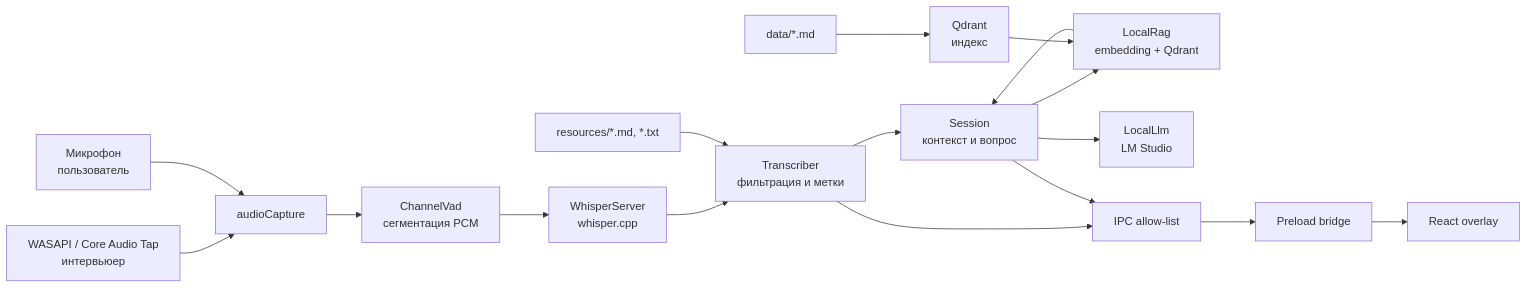
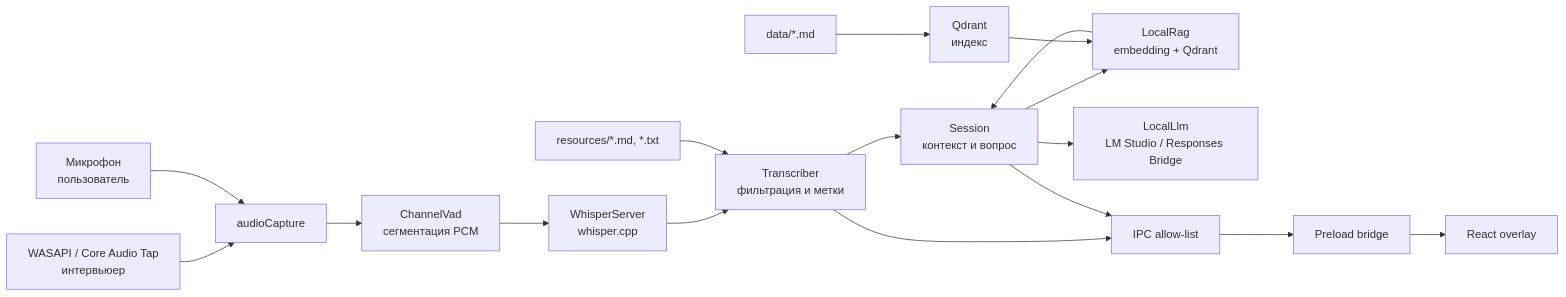
One commit to HerpBac9/answerline changed the diagram in docs/architecture.md. Above: the diagram before and after it, drawn with Mermaid. The commit also changed other lines of this file and 30 other files, not shown here.

````diff
--- a/docs/architecture.md
+++ b/docs/architecture.md
@@ -12,19 +15,19 @@
 ```mermaid
 flowchart LR
   A["WASAPI / Core Audio Tap\nинтервьюер"] --> C["audioCapture"]
   B["Микрофон\nпользователь"] --> C
   C --> D["ChannelVad\nсегментация PCM"]
   D --> E["WhisperServer\nwhisper.cpp"]
   E --> F["Transcriber\nфильтрация и метки"]
   F --> G["Session\nконтекст и вопрос"]
   G --> Q["LocalRag\nembedding + Qdrant"]
   D0["data/*.md"] --> Q0["Qdrant\nиндекс"]
   Q0 --> Q
   Q --> G
   R["resources/*.md, *.txt"] --> F
-  G --> L["LocalLlm\nLM Studio"]
+  G --> L["LocalLlm\nLM Studio / Responses Bridge"]
   F --> I["IPC allow-list"]
   G --> I
   I --> P["Preload bridge"]
   P --> U["React overlay"]
 ```
````
